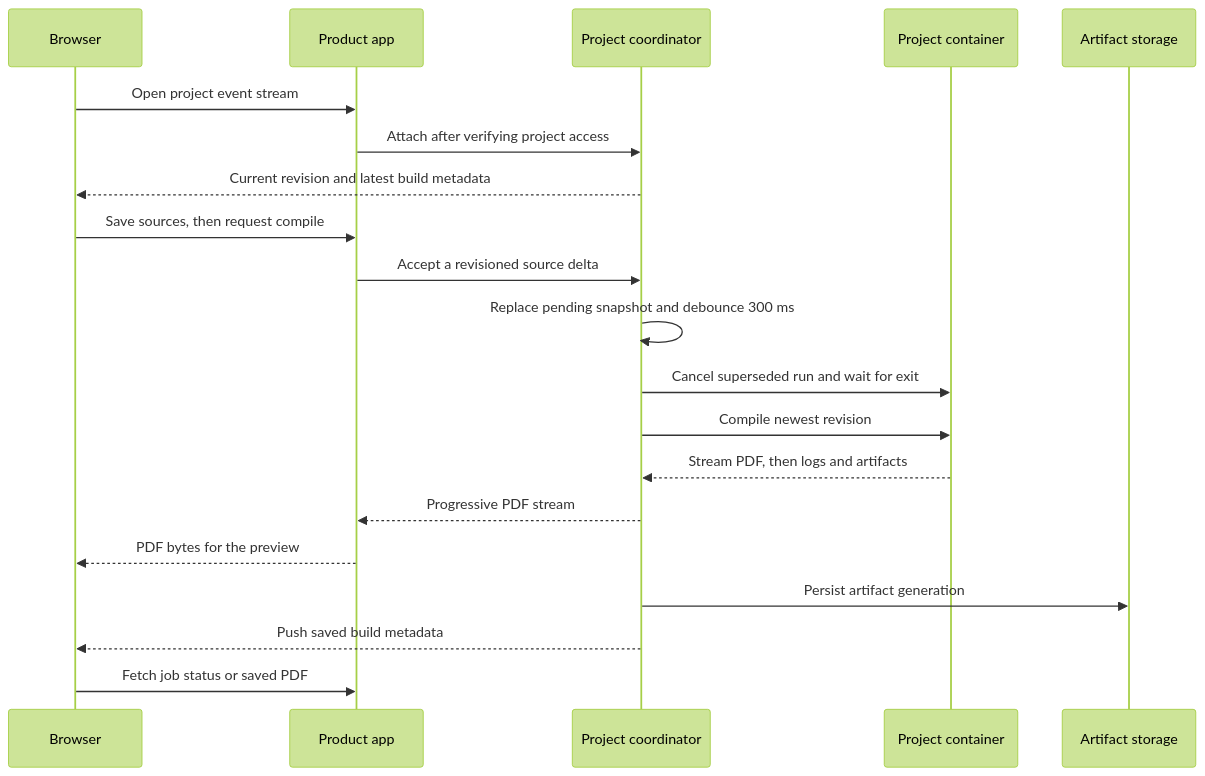
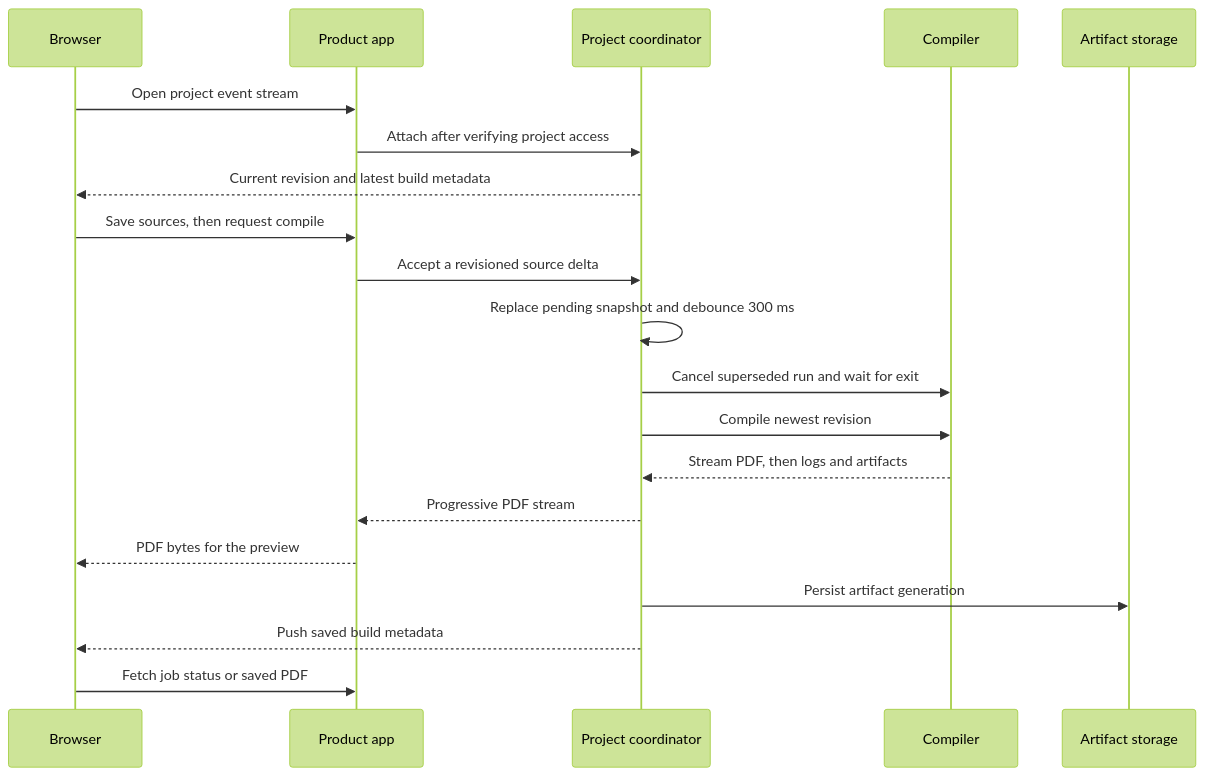
The second of 2 diagrams in README.md (texfolia/texfolia), drawn with Mermaid (forest theme) before and after one commit. The commit also changed other lines of this file and 151 other files, not shown here.

````diff
--- a/README.md
+++ b/README.md
@@ -76,23 +77,23 @@
 ```mermaid
 sequenceDiagram
     participant B as Browser
     participant W as Product app
     participant P as Project coordinator
-    participant T as Project container
+    participant T as Compiler
     participant R as Artifact storage
 
     B->>W: Open project event stream
     W->>P: Attach after verifying project access
     P-->>B: Current revision and latest build metadata
     B->>W: Save sources, then request compile
     W->>P: Accept a revisioned source delta
     P->>P: Replace pending snapshot and debounce 300 ms
     P->>T: Cancel superseded run and wait for exit
     P->>T: Compile newest revision
     T-->>P: Stream PDF, then logs and artifacts
     P-->>W: Progressive PDF stream
     W-->>B: PDF bytes for the preview
     P->>R: Persist artifact generation
     P-->>B: Push saved build metadata
     B->>W: Fetch job status or saved PDF
 ```
````
